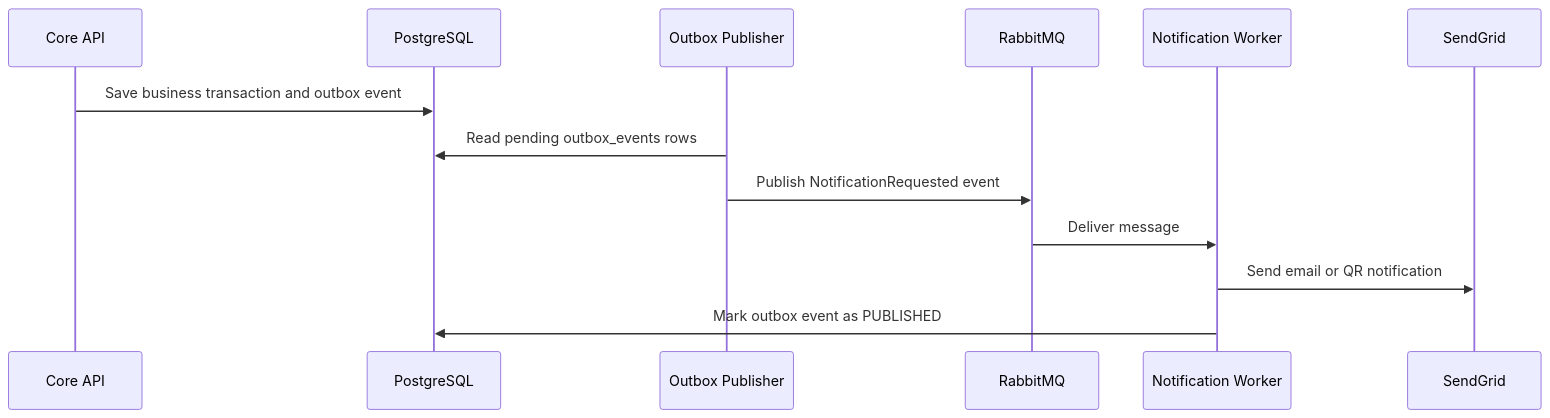
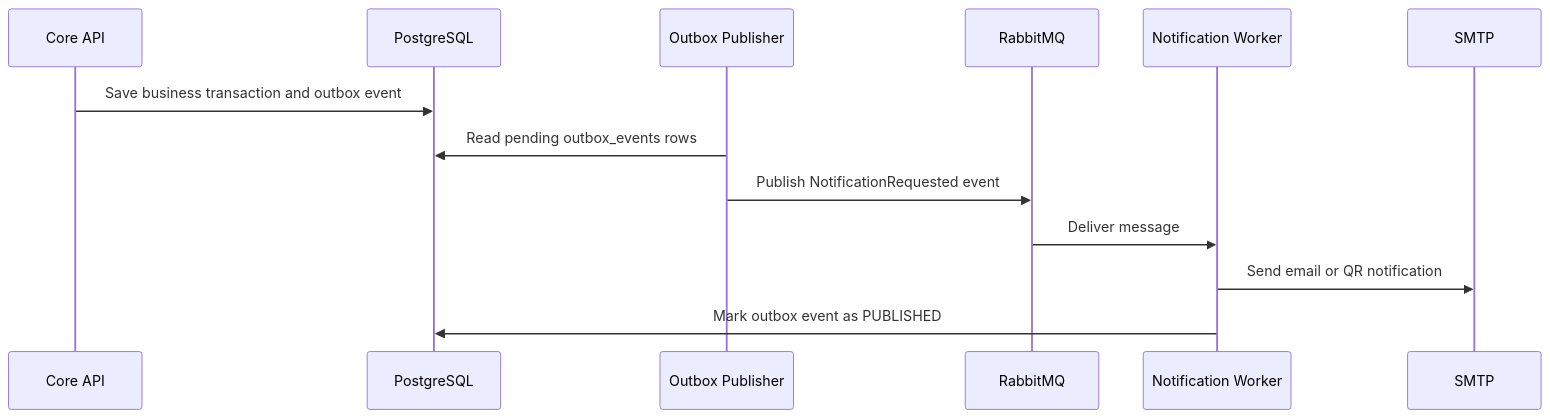
Before and after one commit to AkiraTomori/unihub_workshop: the diagram in blueprint/specs/notification.md, drawn with Mermaid. The commit also changed 17 other files, not shown here.

````diff
--- a/blueprint/specs/notification.md
+++ b/blueprint/specs/notification.md
@@ -18,16 +18,16 @@
 ```mermaid
 sequenceDiagram
     participant Core as Core API
     participant DB as PostgreSQL
     participant Outbox as Outbox Publisher
     participant Broker as RabbitMQ
     participant Worker as Notification Worker
-    participant Mail as SendGrid
+    participant Mail as SMTP
 
     Core->>DB: Save business transaction and outbox event
     Outbox->>DB: Read pending outbox_events rows
     Outbox->>Broker: Publish NotificationRequested event
     Broker->>Worker: Deliver message
     Worker->>Mail: Send email or QR notification
     Worker->>DB: Mark outbox event as PUBLISHED
 ```
````
